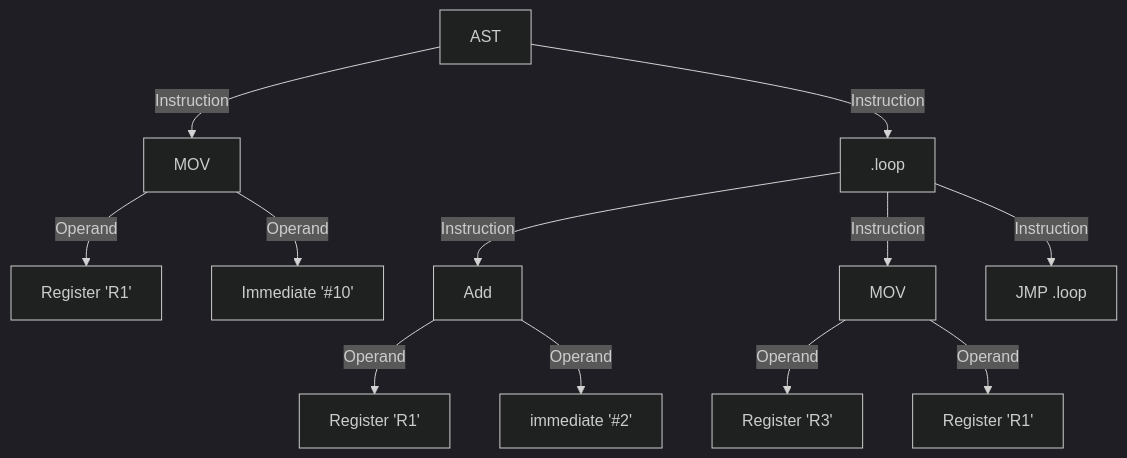
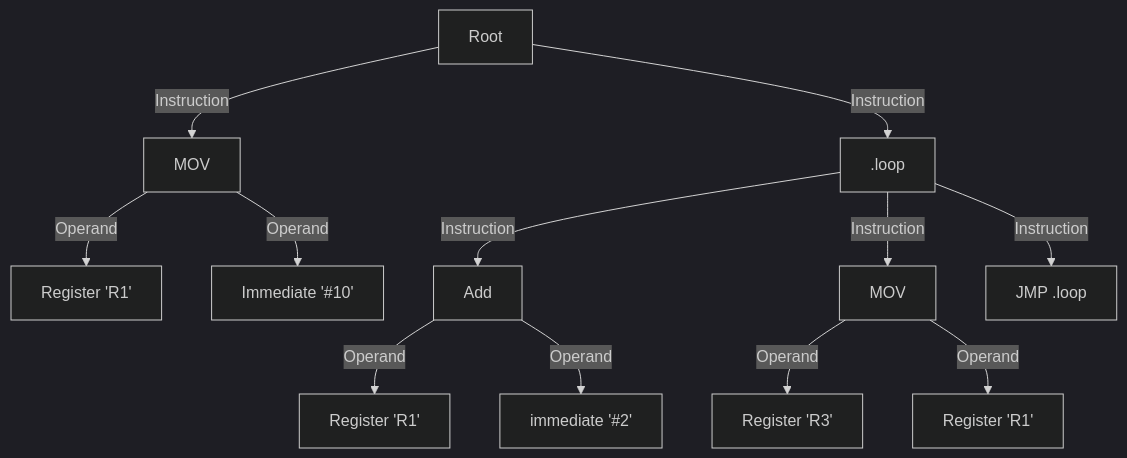
One commit to algosup/2023-2024-project-3-virtual-processor-team-1 changed the fourth of 4 diagrams in Documents/TechnicalSpecifications.md. Above: the diagram before and after it, drawn with Mermaid (dark theme). The commit also changed other lines of this file and 1 other file, not shown here.

````diff
--- a/Documents/TechnicalSpecifications.md
+++ b/Documents/TechnicalSpecifications.md
@@ -410,15 +409,15 @@
 ```mermaid
 graph TD
-  A[AST]
+  A[Root]
   A -->|Instruction| B1[MOV]
   B1 -->|Operand| B2[Register 'R1']
   B1 -->|Operand| B3[Immediate '#10']
   A -->|Instruction| C1[.loop]
   C1 -->|Instruction| C2[Add]
    C2 -->|Operand| C3[Register 'R1']
    C2 -->|Operand| C5[immediate '#2']
   C1 -->|Instruction| C4[MOV]
    C4 -->|Operand| C7[Register 'R3']
    C4 -->|Operand| C8[Register 'R1']
   C1 -->|Instruction| C6[JMP .loop]
 ```
````
